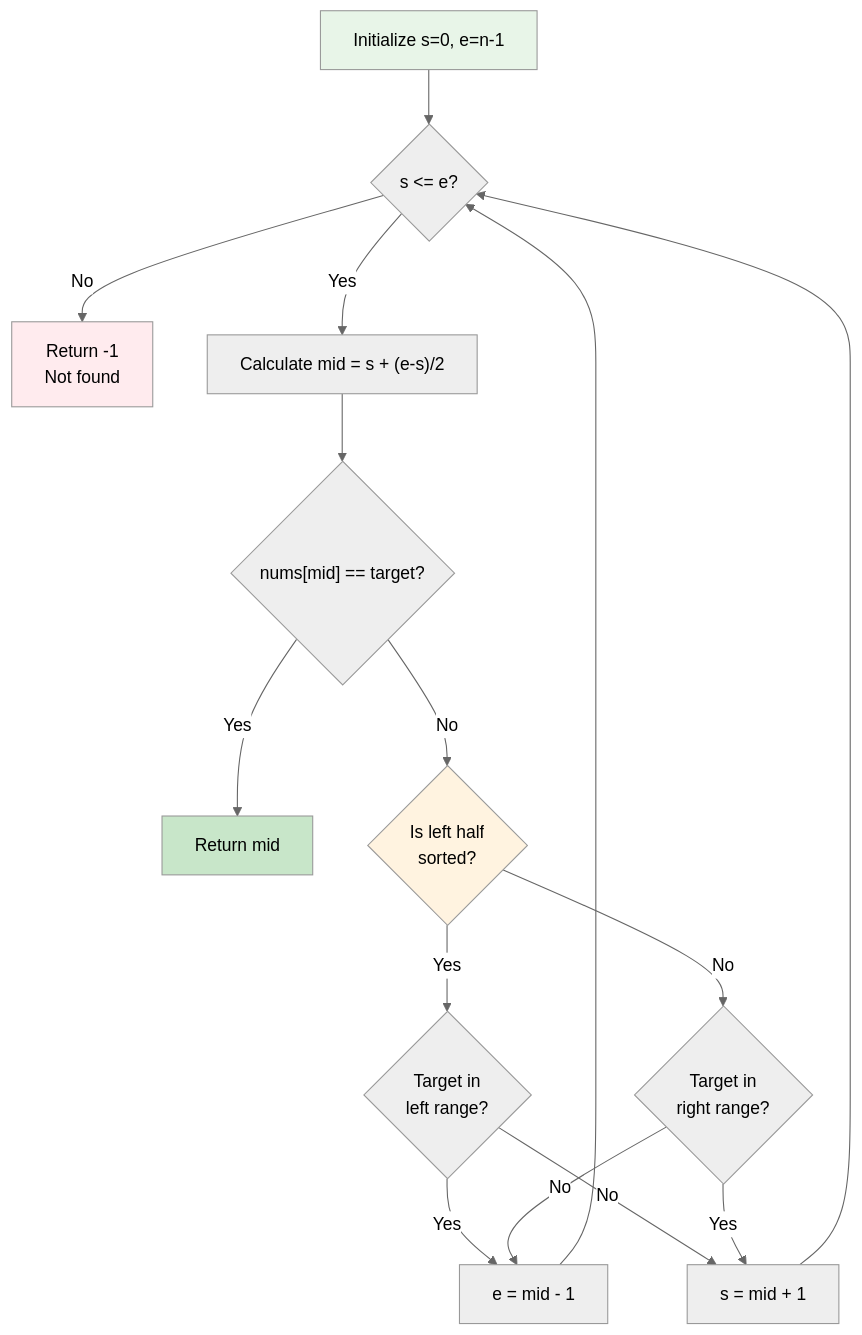
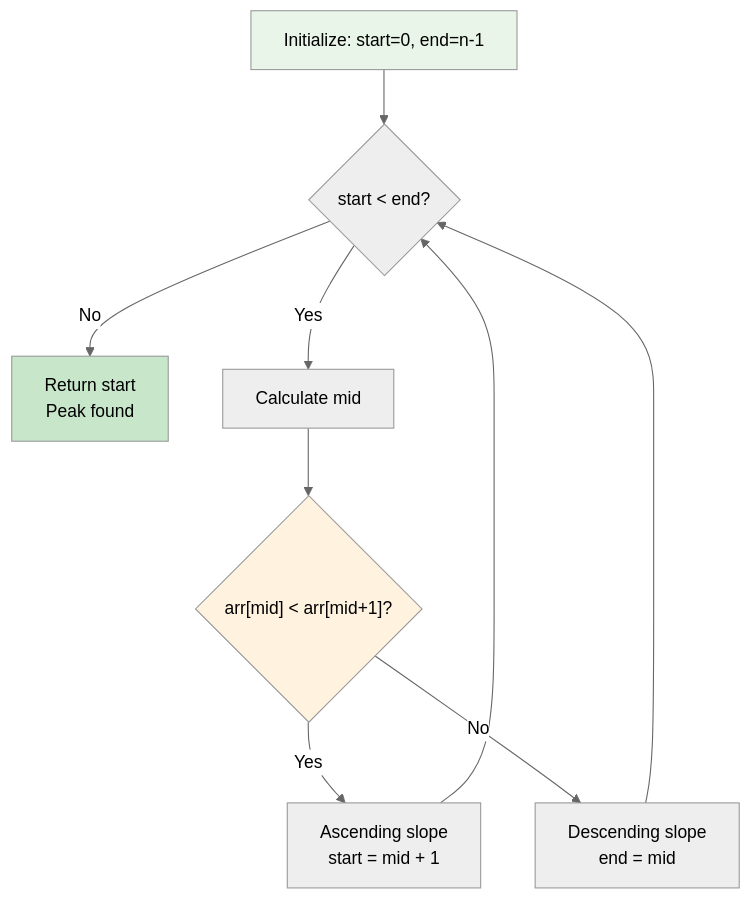
Before and after one commit to LuckyLongre123/README_RUNNER: the seventh of 13 diagrams in README.md, drawn with Mermaid (neutral theme). The commit also changed other lines of this file, not shown here.

````diff
--- a/README.md
+++ b/README.md
@@ -172,22 +197,15 @@
 ```mermaid
 flowchart TD
-    A["Initialize s=0, e=n-1"] --> B{"s <= e?"}
-    B -->|No| Z["Return -1<br/>Not found"]
-    B -->|Yes| C["Calculate mid = s + (e-s)/2"]
-    C --> D{"nums[mid] == target?"}
-    D -->|Yes| E["Return mid"]
-    D -->|No| F{"Is left half<br/>sorted?"}
-    F -->|Yes| G{"Target in<br/>left range?"}
-    F -->|No| H{"Target in<br/>right range?"}
-    G -->|Yes| I["e = mid - 1"]
-    G -->|No| J["s = mid + 1"]
-    H -->|Yes| J
-    H -->|No| I
-    I --> B
-    J --> B
+    A["Initialize: start=0, end=n-1"] --> B{"start < end?"}
+    B -->|"No"| C["Return start<br/>Peak found"]
+    B -->|"Yes"| D["Calculate mid"]
+    D --> E{"arr[mid] < arr[mid+1]?"}
+    E -->|"Yes"| F["Ascending slope<br/>start = mid + 1"]
+    E -->|"No"| G["Descending slope<br/>end = mid"]
+    F --> B
+    G --> B
     
     style A fill:#e8f5e8
-    style F fill:#fff3e0
-    style E fill:#c8e6c9
-    style Z fill:#ffebee
+    style E fill:#fff3e0
+    style C fill:#c8e6c9
 ```
````
